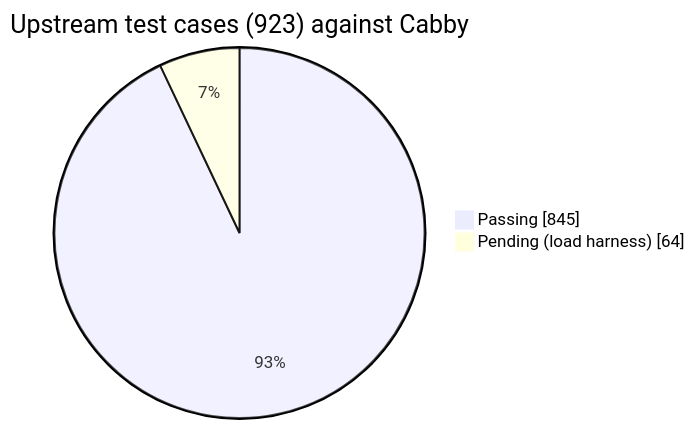
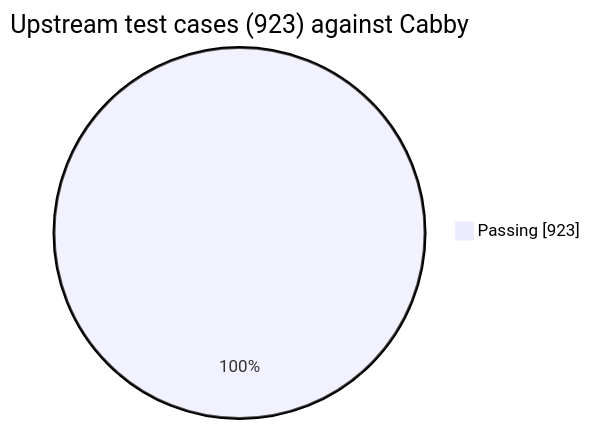
Before and after one commit to DaniG2k/cabby: the fourth of 4 diagrams in README.md, drawn with Mermaid. The commit also changed other lines of this file and 3 other files, not shown here.

````diff
--- a/README.md
+++ b/README.md
@@ -117,6 +117,5 @@
 ```mermaid
 pie showData
     title Upstream test cases (923) against Cabby
-    "Passing" : 845
-    "Pending (load harness)" : 64
+    "Passing" : 923
 ```
````
